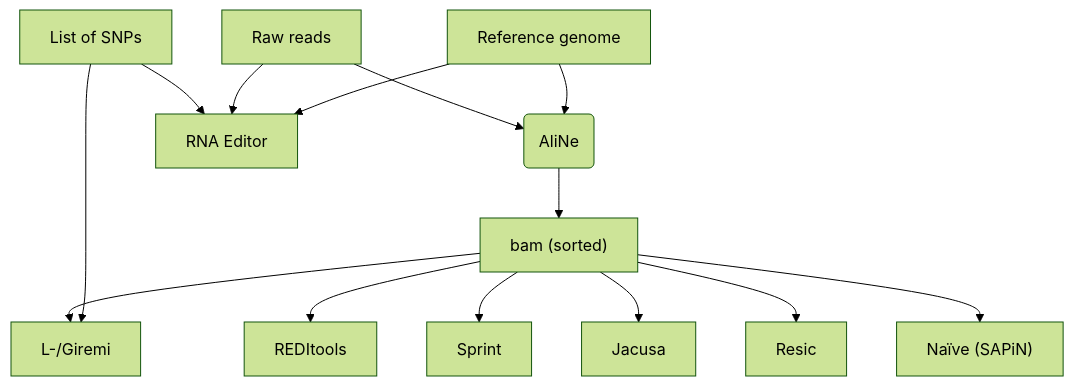
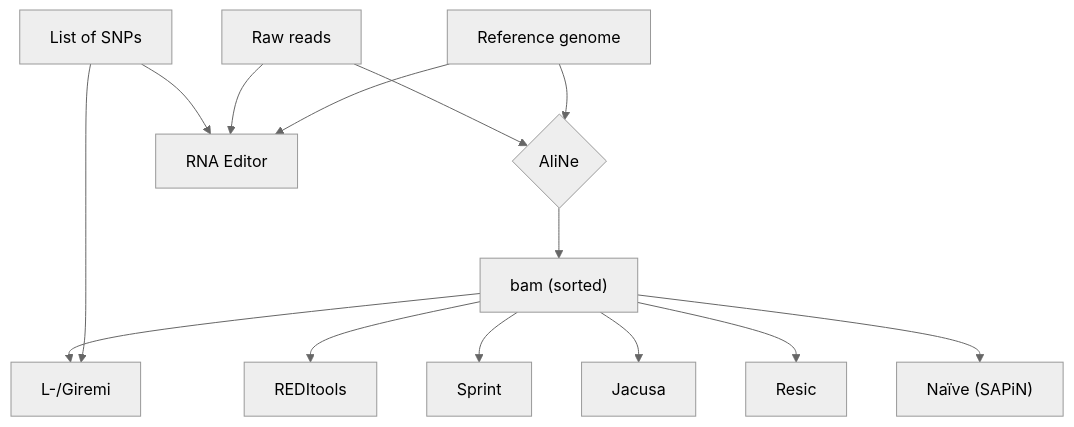
The diagram in README.md (eascarrunz/Editing_knowledge), drawn with Mermaid before and after one commit.

Commit message:
Update mermaid for dark theme

````diff
--- a/README.md
+++ b/README.md
@@ -9,33 +9,33 @@
 ```mermaid
 ---
 config:
-  theme: forest
+  theme: neutral
   look: classic
 ---
 graph TD
     A[Reference genome]
     B[Raw reads]
     C[List of SNPs]
-    D(AliNe)
+    D{AliNe}
     A-->D
     B-->D
     E["bam (sorted)"]
     D-->E
     F["RNA Editor"]
     A-->F
     B-->F
     G[L-/Giremi]
     C-->F
     C-->G
     E-->G
     H[REDItools]
     E-->H
     I[Sprint]
     E-->I
     J[Jacusa]
     E-->J
     K[Resic]
     E-->K
     L["Naïve (SAPiN)"]
     E-->L
 ```
````
